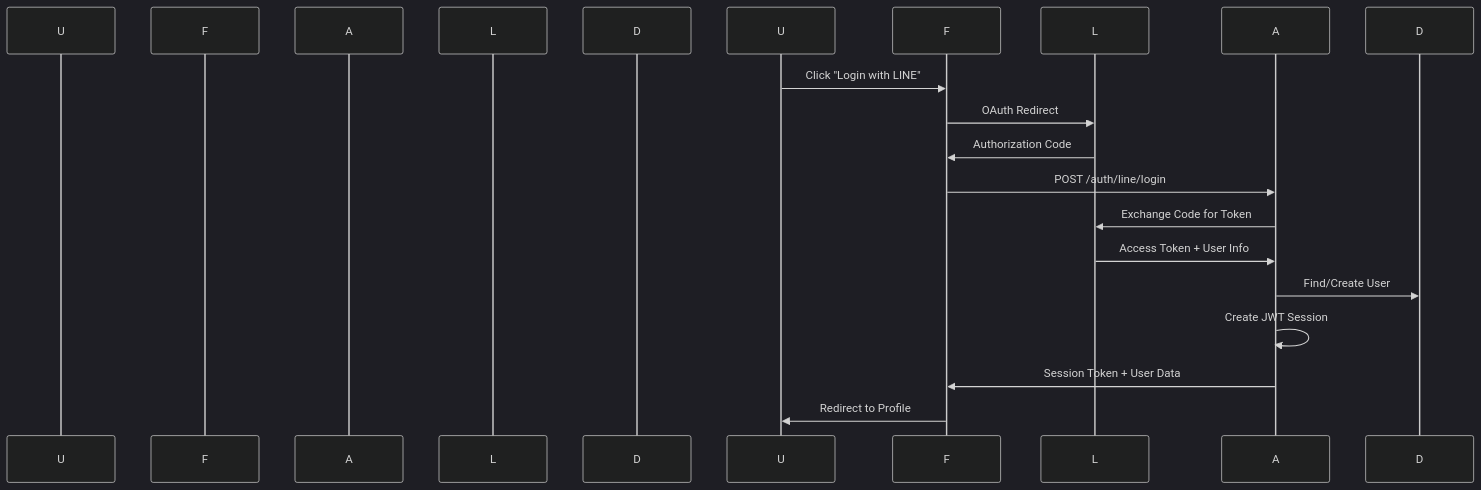
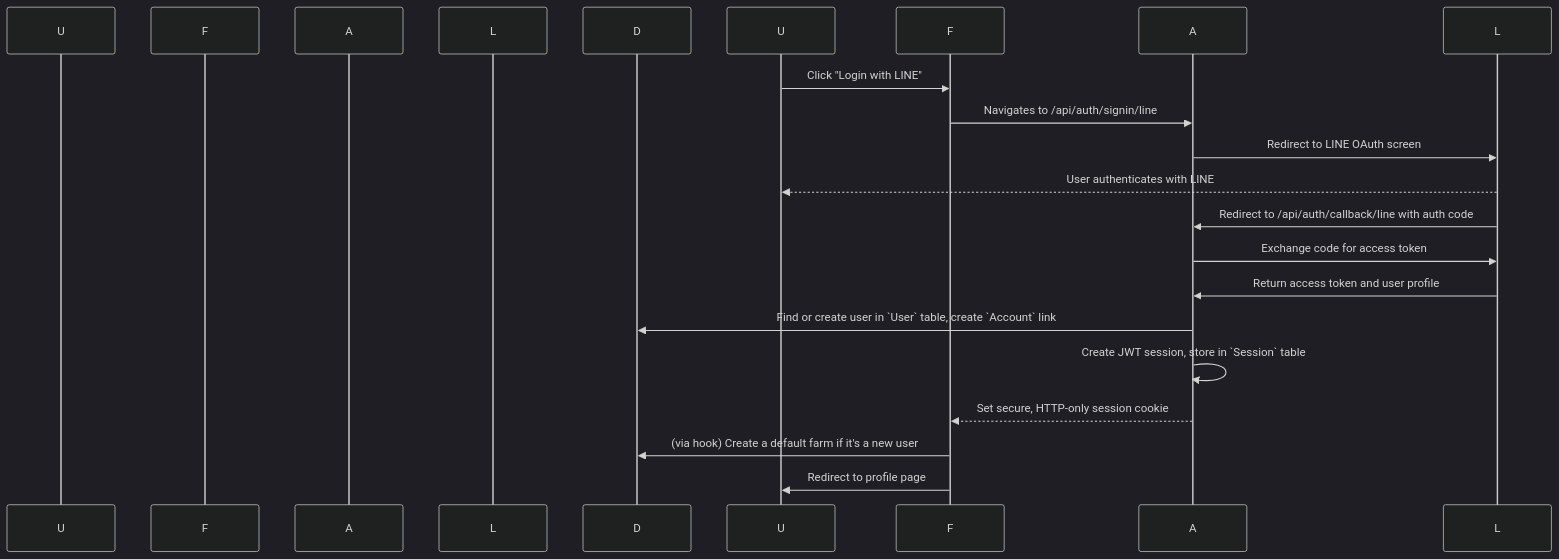
One commit to mojisejr/jaothui-id-e changed the first of 2 diagrams in docs/ARCHITECT.md. Above: the diagram before and after it, drawn with Mermaid (dark theme). The commit also changed other lines of this file and 4 other files, not shown here.

First line of the commit message:
docs: Update API, Database, Architect, UI, and PRD documentation

````diff
--- a/docs/ARCHITECT.md
+++ b/docs/ARCHITECT.md
@@ -327,19 +303,21 @@
 ```mermaid
 sequenceDiagram
     participant User as U
     participant Frontend as F
     participant API as A
     participant LINE as L
     participant DB as D
 
     U->>F: Click "Login with LINE"
-    F->>L: OAuth Redirect
-    L->>F: Authorization Code
-    F->>A: POST /auth/line/login
-    A->>L: Exchange Code for Token
-    L->>A: Access Token + User Info
-    A->>D: Find/Create User
-    A->>A: Create JWT Session
-    A->>F: Session Token + User Data
-    F->>U: Redirect to Profile
+    F->>A: Navigates to /api/auth/signin/line
+    A->>L: Redirect to LINE OAuth screen
+    L-->>U: User authenticates with LINE
+    L->>A: Redirect to /api/auth/callback/line with auth code
+    A->>L: Exchange code for access token
+    L->>A: Return access token and user profile
+    A->>DB: Find or create user in `User` table, create `Account` link
+    A->>A: Create JWT session, store in `Session` table
+    A-->>F: Set secure, HTTP-only session cookie
+    F->>DB: (via hook) Create a default farm if it's a new user
+    F->>U: Redirect to profile page
 ```
````
